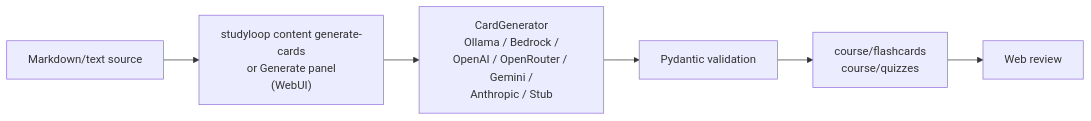
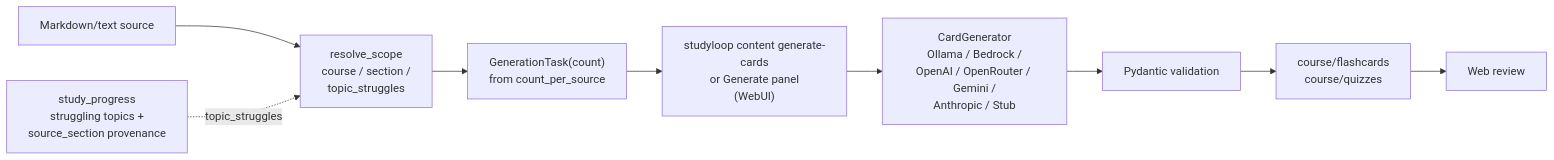
Before and after one commit to NetDevAutomate/StudyLoop: the third of 4 diagrams in docs/system-overview.md, drawn with Mermaid. The commit also changed other lines of this file and 6 other files, not shown here.

First line of the commit message:
docs: align wave quality architecture docs

````diff
--- a/docs/system-overview.md
+++ b/docs/system-overview.md
@@ -112,11 +112,16 @@
 ```mermaid
 flowchart LR
     Source["Markdown/text source"]
+    Struggles["study_progress<br/>struggling topics +<br/>source_section provenance"]
+    Resolve["resolve_scope<br/>course / section /<br/>topic_struggles"]
+    Task["GenerationTask(count)<br/>from count_per_source"]
     Generate["studyloop content generate-cards<br/>or Generate panel<br/>(WebUI)"]
     Backend["CardGenerator<br/>Ollama / Bedrock /<br/>OpenAI / OpenRouter / Gemini /<br/>Anthropic / Stub"]
     Schema["Pydantic validation"]
     Artefacts["course/flashcards<br/>course/quizzes"]
     PWA["Web review"]
 
-    Source --> Generate --> Backend --> Schema --> Artefacts --> PWA
+    Source --> Resolve
+    Struggles -.->|"topic_struggles"| Resolve
+    Resolve --> Task --> Generate --> Backend --> Schema --> Artefacts --> PWA
 ```
````
